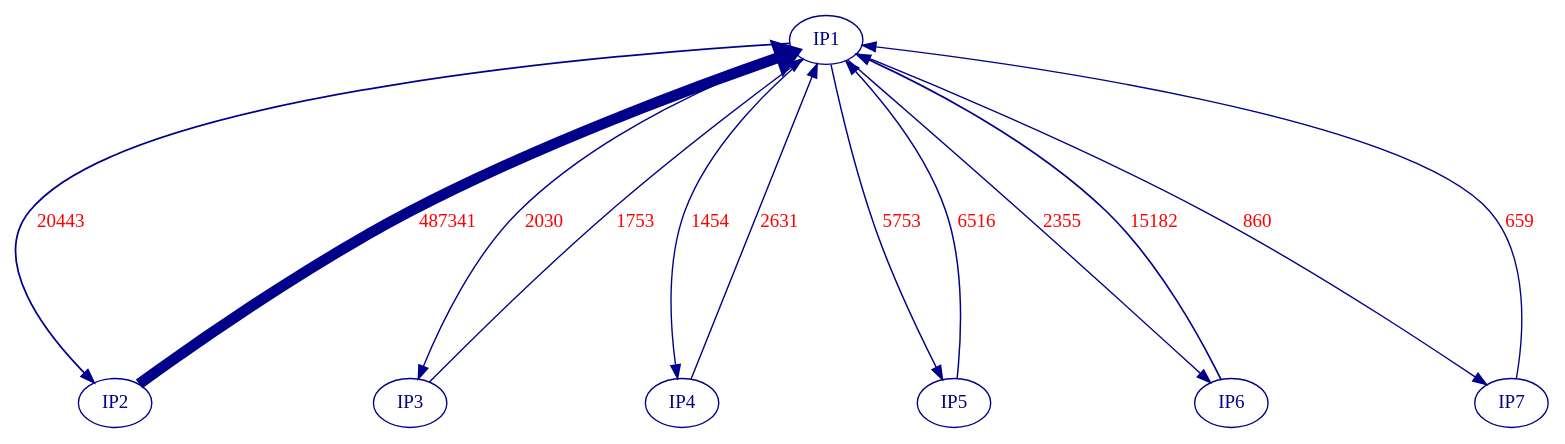
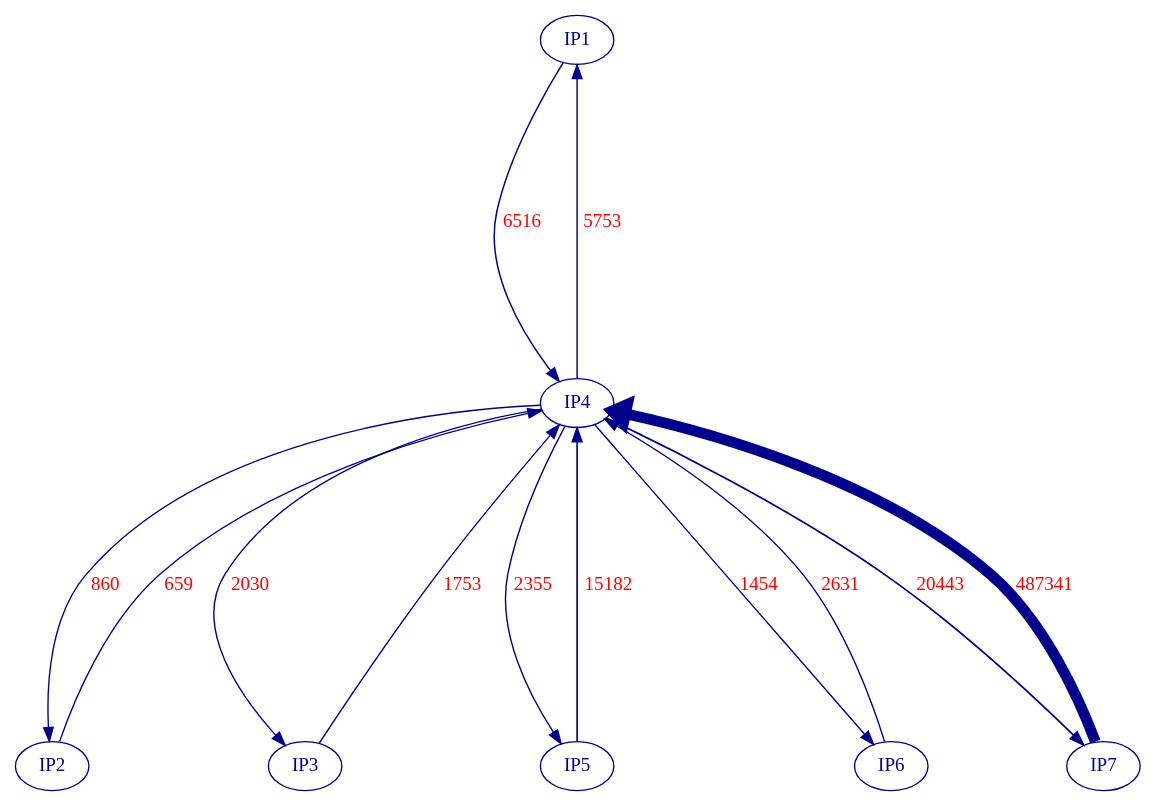
One commit to Alfredo-Vargas/nap changed the diagram in test-output/ip_conversation_circo.gv. Above: the diagram before and after it, drawn with Graphviz. The commit also changed 32 other files, not shown here.

```diff
--- a/test-output/ip_conversation_circo.gv
+++ b/test-output/ip_conversation_circo.gv
@@ -1,23 +1,23 @@
 // IP Conversations circo engine
 digraph {
 	graph [nodesep=0.8 ranksep=3]
-	"10.138.38.223" [label=IP1 color=darkblue fontcolor=darkblue]
-	"104.23.98.190" [label=IP2 color=darkblue fontcolor=darkblue]
+	"5.135.182.68" [label=IP1 color=darkblue fontcolor=darkblue]
+	"104.23.99.190" [label=IP2 color=darkblue fontcolor=darkblue]
 	"34.117.237.239" [label=IP3 color=darkblue fontcolor=darkblue]
-	"10.139.1.1" [label=IP4 color=darkblue fontcolor=darkblue]
-	"5.135.182.68" [label=IP5 color=darkblue fontcolor=darkblue]
-	"185.199.108.153" [label=IP6 color=darkblue fontcolor=darkblue]
-	"104.23.99.190" [label=IP7 color=darkblue fontcolor=darkblue]
+	"10.138.38.223" [label=IP4 color=darkblue fontcolor=darkblue]
+	"185.199.108.153" [label=IP5 color=darkblue fontcolor=darkblue]
+	"10.139.1.1" [label=IP6 color=darkblue fontcolor=darkblue]
+	"104.23.98.190" [label=IP7 color=darkblue fontcolor=darkblue]
+	"10.138.38.223" -> "10.139.1.1" [label=1454 color=darkblue fontcolor=red labeldistance=0 penwidth=1.020884760362867]
+	"10.138.38.223" -> "34.117.237.239" [label=2030 color=darkblue fontcolor=red labeldistance=0 penwidth=1.0291582280169327]
+	"185.199.108.153" -> "10.138.38.223" [label=15182 color=darkblue fontcolor=red labeldistance=0 penwidth=1.2180690727847647]
+	"10.138.38.223" -> "185.199.108.153" [label=2355 color=darkblue fontcolor=red labeldistance=0 penwidth=1.0338264172314662]
 	"5.135.182.68" -> "10.138.38.223" [label=6516 color=darkblue fontcolor=red labeldistance=0 penwidth=1.0935936028366176]
 	"10.138.38.223" -> "104.23.98.190" [label=20443 color=darkblue fontcolor=red labeldistance=0 penwidth=1.2936362834237218]
+	"34.117.237.239" -> "10.138.38.223" [label=1753 color=darkblue fontcolor=red labeldistance=0 penwidth=1.025179494440238]
+	"104.23.99.190" -> "10.138.38.223" [label=659 color=darkblue fontcolor=red labeldistance=0 penwidth=1.009465651361162]
+	"10.138.38.223" -> "104.23.99.190" [label=860 color=darkblue fontcolor=red labeldistance=0 penwidth=1.0123527468446119]
+	"104.23.98.190" -> "10.138.38.223" [label=487341 color=darkblue fontcolor=red labeldistance=0 penwidth=8.0]
+	"10.138.38.223" -> "5.135.182.68" [label=5753 color=darkblue fontcolor=red labeldistance=0 penwidth=1.0826341309268048]
 	"10.139.1.1" -> "10.138.38.223" [label=2631 color=darkblue fontcolor=red labeldistance=0 penwidth=1.0377907871490393]
-	"104.23.99.190" -> "10.138.38.223" [label=659 color=darkblue fontcolor=red labeldistance=0 penwidth=1.009465651361162]
-	"104.23.98.190" -> "10.138.38.223" [label=487341 color=darkblue fontcolor=red labeldistance=0 penwidth=8.0]
-	"10.138.38.223" -> "185.199.108.153" [label=2355 color=darkblue fontcolor=red labeldistance=0 penwidth=1.0338264172314662]
-	"185.199.108.153" -> "10.138.38.223" [label=15182 color=darkblue fontcolor=red labeldistance=0 penwidth=1.2180690727847647]
-	"10.138.38.223" -> "104.23.99.190" [label=860 color=darkblue fontcolor=red labeldistance=0 penwidth=1.0123527468446119]
-	"34.117.237.239" -> "10.138.38.223" [label=1753 color=darkblue fontcolor=red labeldistance=0 penwidth=1.025179494440238]
-	"10.138.38.223" -> "34.117.237.239" [label=2030 color=darkblue fontcolor=red labeldistance=0 penwidth=1.0291582280169327]
-	"10.138.38.223" -> "5.135.182.68" [label=5753 color=darkblue fontcolor=red labeldistance=0 penwidth=1.0826341309268048]
-	"10.138.38.223" -> "10.139.1.1" [label=1454 color=darkblue fontcolor=red labeldistance=0 penwidth=1.020884760362867]
 }
```
